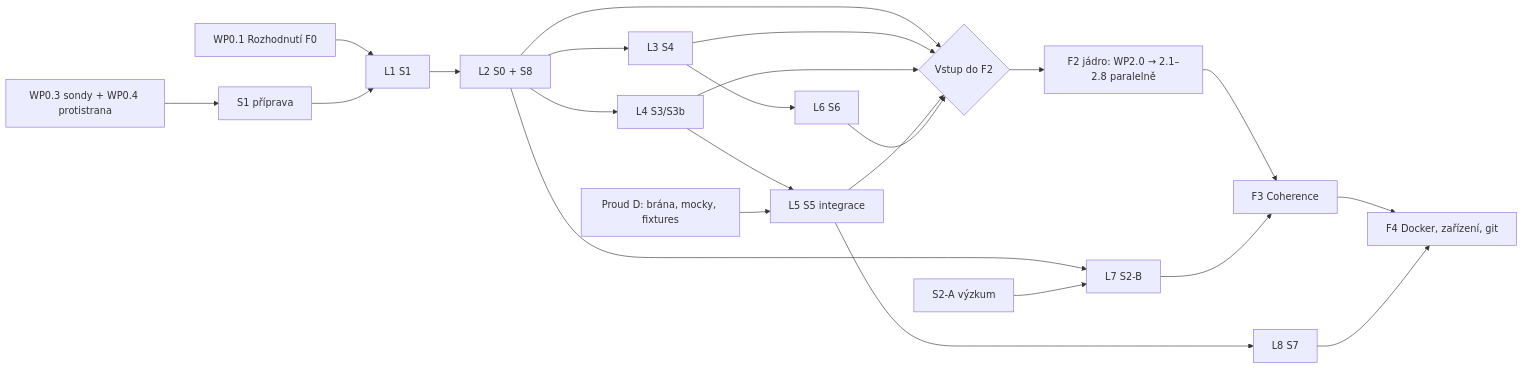
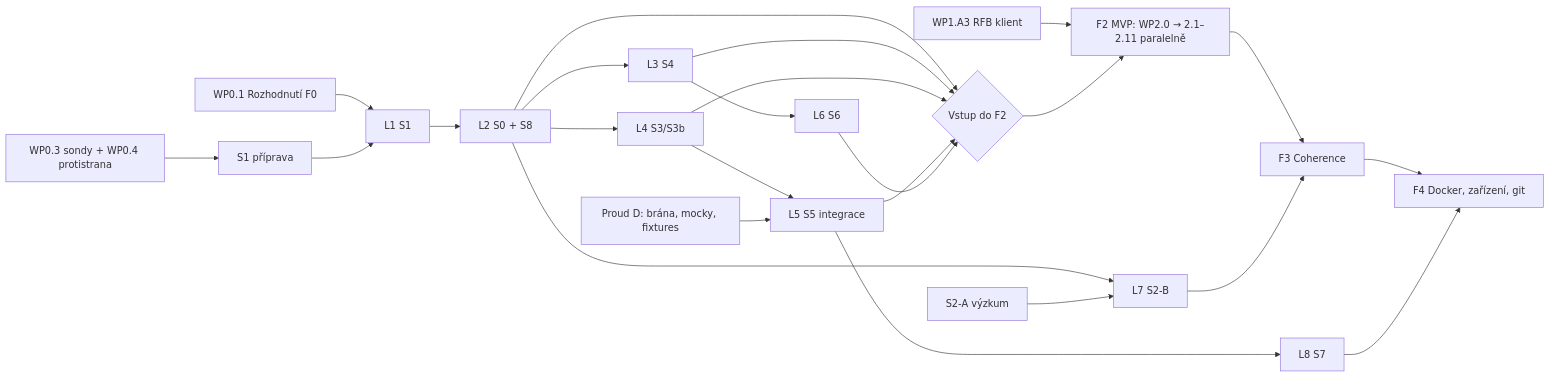
Before and after one commit to Fir3st/sanjbox: the diagram in docs/IMPLEMENTATION.md, drawn with Mermaid. The commit also changed other lines of this file and 3 other files, not shown here.

````diff
--- a/docs/IMPLEMENTATION.md
+++ b/docs/IMPLEMENTATION.md
@@ -180,20 +199,21 @@
 ```mermaid
 flowchart LR
   F0[WP0.1 Rozhodnutí F0] --> L1
   K[WP0.3 sondy + WP0.4 protistrana] --> A1[S1 příprava] --> L1[L1 S1]
   L1 --> L2[L2 S0 + S8]
   L2 --> L3[L3 S4]
   L2 --> L4[L4 S3/S3b]
   L4 --> L5[L5 S5 integrace]
   L3 --> L6[L6 S6]
   L2 --> L7[L7 S2-B]
   L5 --> L8[L8 S7]
   D[Proud D: brána, mocky, fixtures] --> L5
   F1[S2-A výzkum] --> L7
+  R[WP1.A3 RFB klient] --> F2
   L2 & L3 & L4 & L5 & L6 --> G{Vstup do F2}
-  G --> F2[F2 jádro: WP2.0 → 2.1–2.8 paralelně]
+  G --> F2[F2 MVP: WP2.0 → 2.1–2.11 paralelně]
   F2 --> F3[F3 Coherence]
   L7 --> F3
   F3 --> F4[F4 Docker, zařízení, git]
   L8 --> F4
 ```
````
